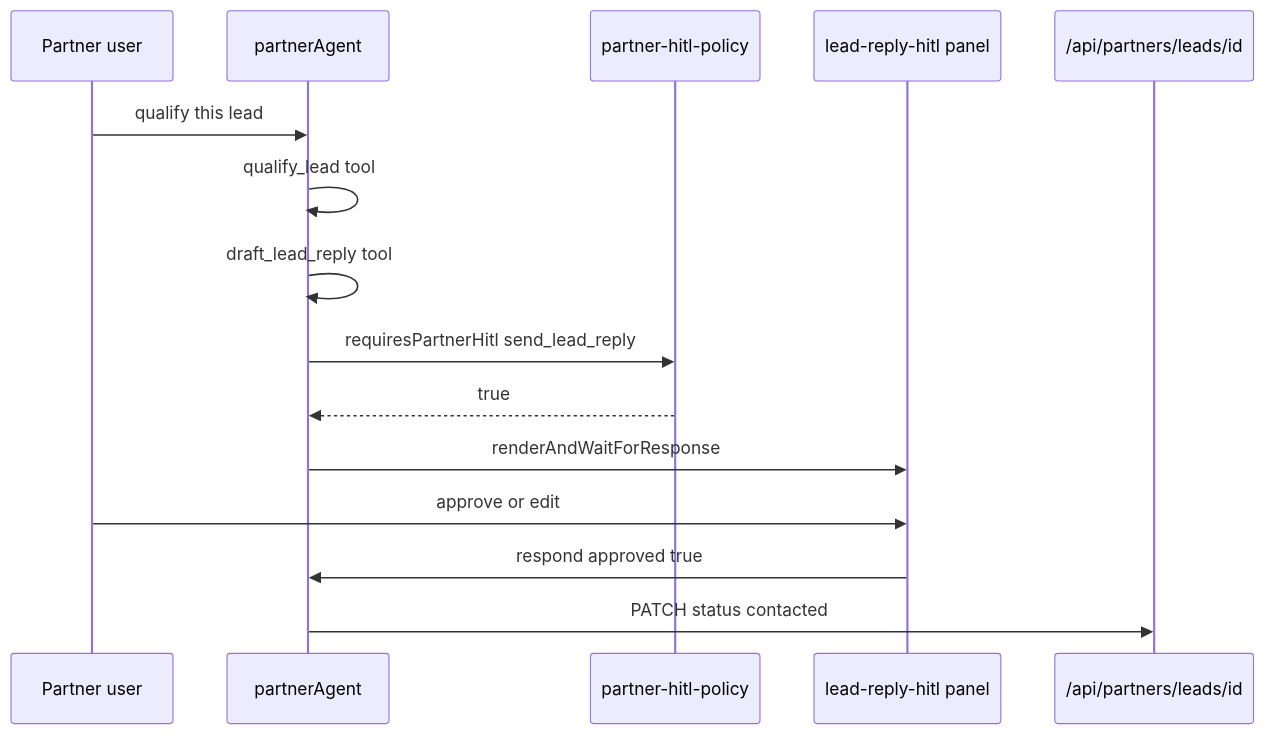
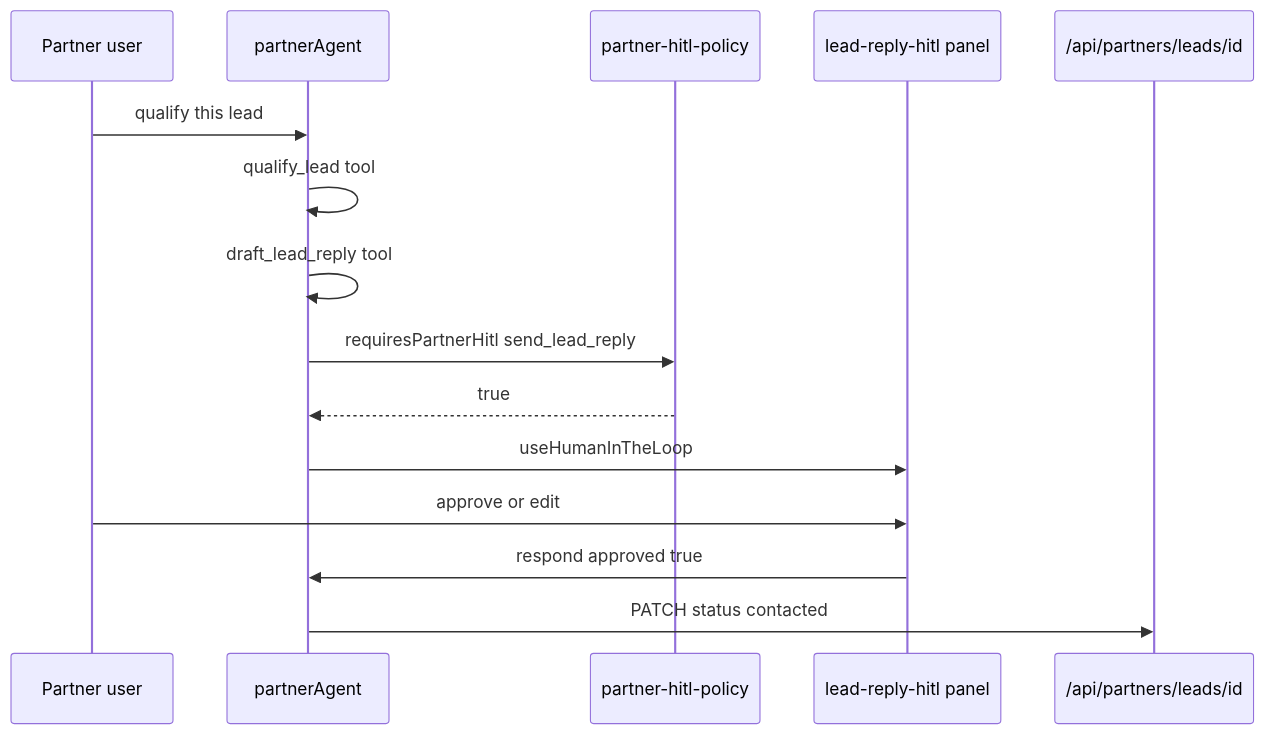
The diagram in docs/partners/tasks/AGT-PTR-05-lead-qualification-hitl.md (amo-tech-ai/mdeapp), drawn with Mermaid before and after one commit. The commit also changed other lines of this file and 25 other files, not shown here.

````diff
--- a/docs/partners/tasks/AGT-PTR-05-lead-qualification-hitl.md
+++ b/docs/partners/tasks/AGT-PTR-05-lead-qualification-hitl.md
@@ -26,18 +26,18 @@
 ```mermaid
 sequenceDiagram
   participant Partner as Partner user
   participant Agent as partnerAgent
   participant Policy as partner-hitl-policy
   participant UI as lead-reply-hitl panel
   participant API as /api/partners/leads/id
 
   Partner->>Agent: qualify this lead
   Agent->>Agent: qualify_lead tool
   Agent->>Agent: draft_lead_reply tool
   Agent->>Policy: requiresPartnerHitl send_lead_reply
   Policy-->>Agent: true
-  Agent->>UI: renderAndWaitForResponse
+  Agent->>UI: useHumanInTheLoop
   Partner->>UI: approve or edit
   UI->>Agent: respond approved true
   Agent->>API: PATCH status contacted
 ```
````
